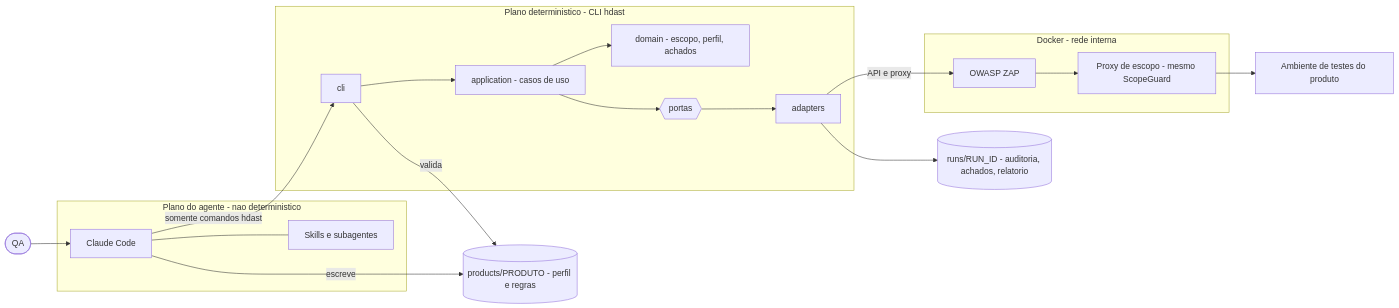
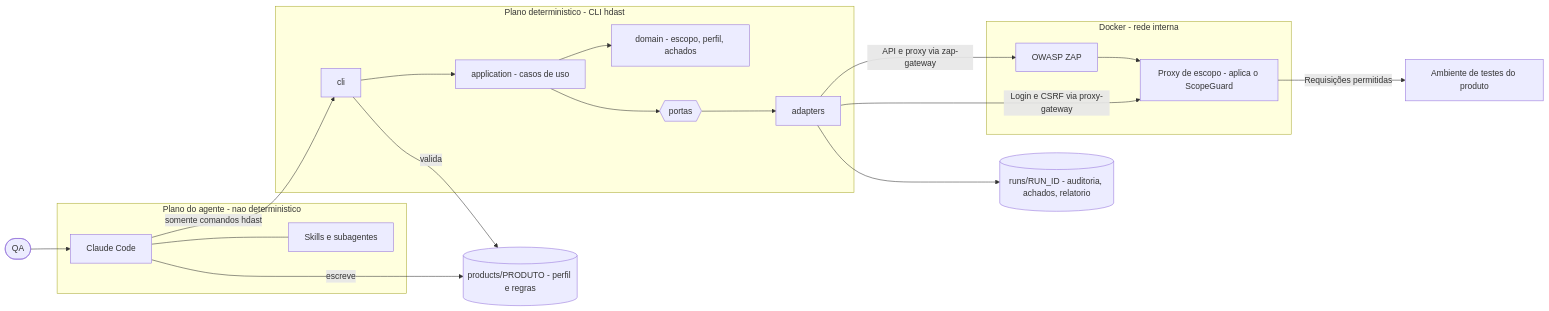
One commit to MarcosQuintino0/harness-dast changed the first of 3 diagrams in docs/como-funciona/arquitetura.md. Above: the diagram before and after it, drawn with Mermaid. The commit also changed other lines of this file, not shown here.

````diff
--- a/docs/como-funciona/arquitetura.md
+++ b/docs/como-funciona/arquitetura.md
@@ -39,25 +39,26 @@
 ```mermaid
 flowchart LR
   QA([QA]) --> CC
   subgraph AG["Plano do agente - nao deterministico"]
     CC["Claude Code"] --- SK["Skills e subagentes"]
   end
   subgraph HD["Plano deterministico - CLI hdast"]
     CLI["cli"] --> APP["application - casos de uso"]
     APP --> DOM["domain - escopo, perfil, achados"]
     APP --> PORTS{{"portas"}}
     PORTS --> AD["adapters"]
   end
   subgraph DK["Docker - rede interna"]
-    ZAP["OWASP ZAP"] --> EP["Proxy de escopo - mesmo ScopeGuard"]
+    ZAP["OWASP ZAP"] --> EP["Proxy de escopo - aplica o ScopeGuard"]
   end
   PROD[("products/PRODUTO - perfil e regras")]
   RUNS[("runs/RUN_ID - auditoria, achados, relatorio")]
   TGT["Ambiente de testes do produto"]
   CC -- "somente comandos hdast" --> CLI
   CC -- "escreve" --> PROD
   CLI -- "valida" --> PROD
-  AD -- "API e proxy" --> ZAP
-  EP --> TGT
+  AD -- "API e proxy via zap-gateway" --> ZAP
+  AD -- "Login e CSRF via proxy-gateway" --> EP
+  EP -- "Requisições permitidas" --> TGT
   AD --> RUNS
 ```
````
